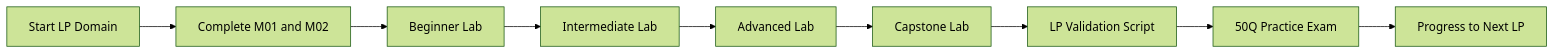
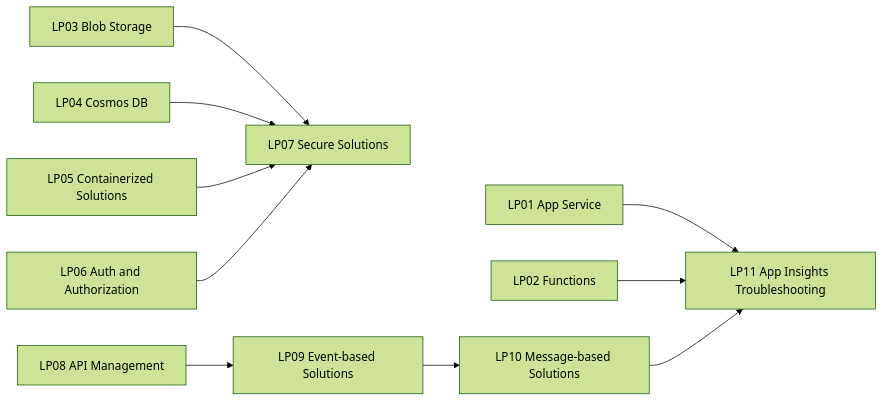
Before and after one commit to ITech3875Dev/insighttech-az204-enterprise: the second of 2 diagrams in docs/architecture/overall-lab-program-architecture.md, drawn with Mermaid (forest theme). The commit also changed other lines of this file and 225 other files, not shown here.

````diff
--- a/docs/architecture/overall-lab-program-architecture.md
+++ b/docs/architecture/overall-lab-program-architecture.md
@@ -35,11 +25,12 @@
 ```mermaid
 flowchart LR
-    S1[Start LP Domain] --> S2[Complete M01 and M02]
-    S2 --> S3[Beginner Lab]
-    S3 --> S4[Intermediate Lab]
-    S4 --> S5[Advanced Lab]
-    S5 --> S6[Capstone Lab]
-    S6 --> S7[LP Validation Script]
-    S7 --> S8[50Q Practice Exam]
-    S8 --> S9[Progress to Next LP]
+    LP01[LP01 App Service] --> LP11[LP11 App Insights Troubleshooting]
+    LP02[LP02 Functions] --> LP11
+    LP03[LP03 Blob Storage] --> LP07[LP07 Secure Solutions]
+    LP04[LP04 Cosmos DB] --> LP07
+    LP05[LP05 Containerized Solutions] --> LP07
+    LP06[LP06 Auth and Authorization] --> LP07
+    LP08[LP08 API Management] --> LP09[LP09 Event-based Solutions]
+    LP09 --> LP10[LP10 Message-based Solutions]
+    LP10 --> LP11
 ```
````
